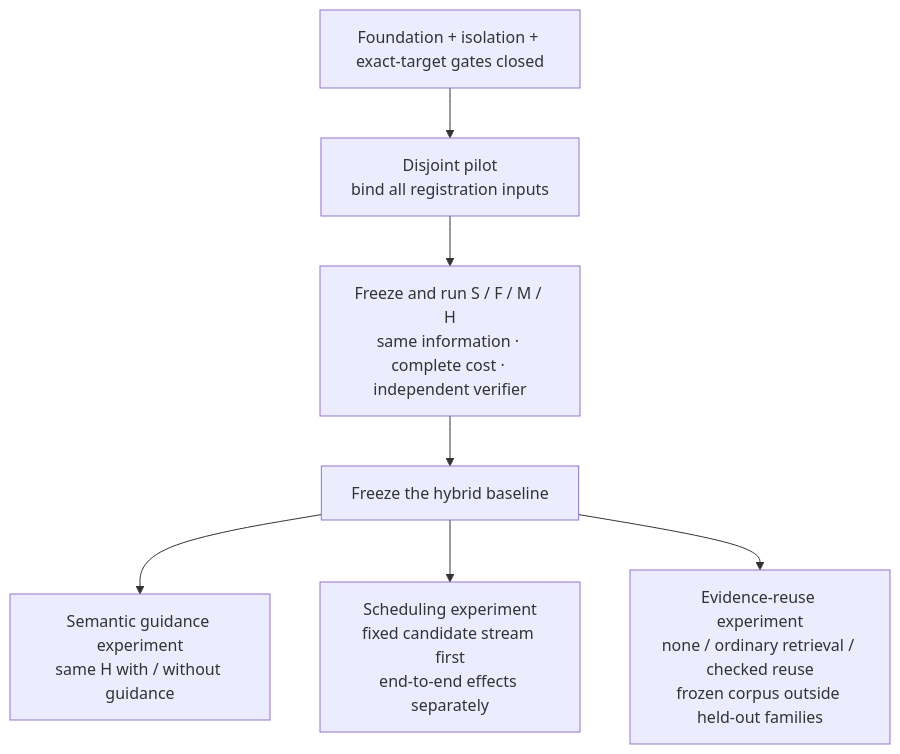
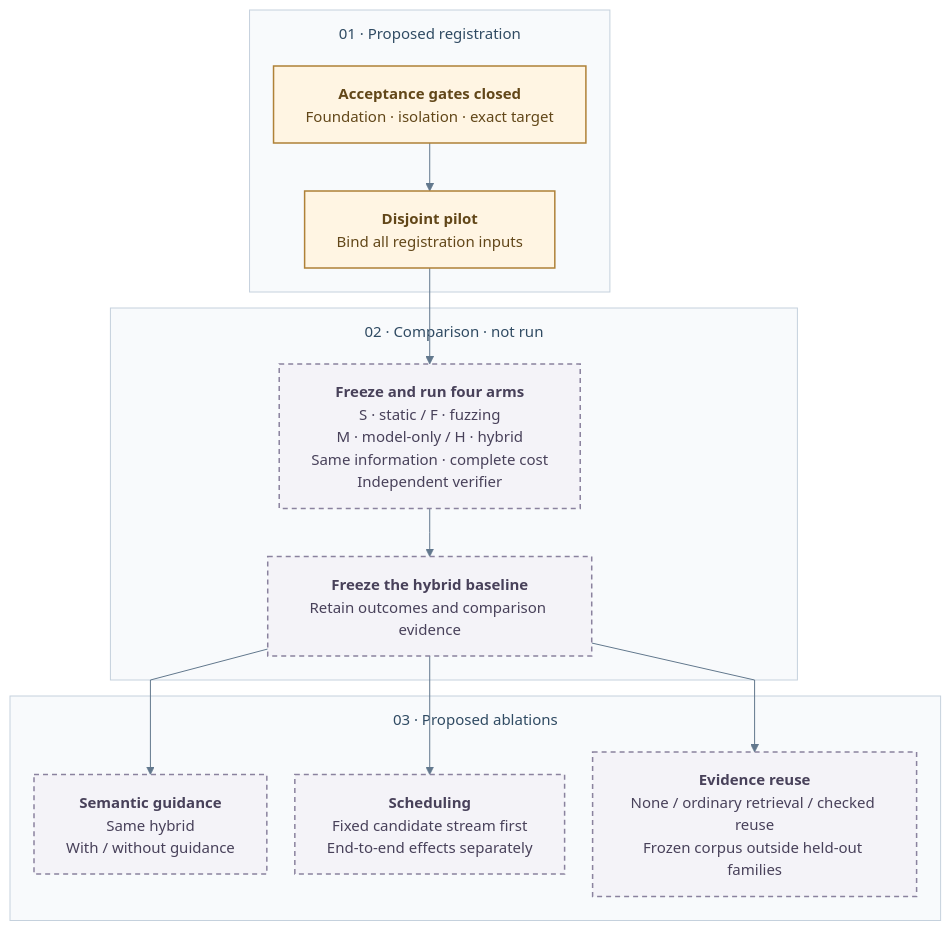
The diagram in docs/FRONTIER_BASELINE.md (manfromnowhere143/etzio), drawn with Mermaid before and after one commit. The commit also changed 7 other files, not shown here.

First line of the commit message:
Restore detailed architecture and redesign all Mermaid diagrams

````diff
--- a/docs/FRONTIER_BASELINE.md
+++ b/docs/FRONTIER_BASELINE.md
@@ -155,16 +155,60 @@
 ```mermaid
+---
+config:
+  theme: base
+  fontFamily: Arial
+  themeVariables:
+    fontFamily: 'Arial'
+    fontSize: '15px'
+    primaryColor: '#edf4fb'
+    primaryTextColor: '#18344d'
+    primaryBorderColor: '#6b8ba8'
+    lineColor: '#62788d'
+    clusterBkg: '#f8fafc'
+    clusterBorder: '#c5d1dd'
+    edgeLabelBackground: '#ffffff'
+  flowchart:
+    curve: linear
+    nodeSpacing: 28
+    rankSpacing: 48
+    padding: 16
+    wrappingWidth: 260
+    subGraphTitleMargin:
+      top: 12
+      bottom: 20
+---
 flowchart TB
-    accTitle: Proposed controlled comparison
-    accDescr: After qualification and registration, compare static analysis, fuzzing, model-only and hybrid arms, then test semantic guidance, scheduling and evidence reuse separately.
-    G["Foundation + isolation + exact-target gates closed"]
-    P["Disjoint pilot<br/>bind all registration inputs"]
-    C["Freeze and run S / F / M / H<br/>same information · complete cost · independent verifier"]
-    H["Freeze the hybrid baseline"]
-    S["Semantic guidance experiment<br/>same H with / without guidance"]
-    Q["Scheduling experiment<br/>fixed candidate stream first<br/>end-to-end effects separately"]
-    R["Evidence-reuse experiment<br/>none / ordinary retrieval / checked reuse<br/>frozen corpus outside held-out families"]
-    G --> P --> C --> H
+    accTitle: Proposed evaluation — controlled comparison, then separate ablations
+    accDescr: No comparator has run. Foundation, isolation and exact-target acceptance precede a disjoint pilot and frozen registration. Static, fuzzing, model-only and hybrid arms share information, complete cost accounting and an independent verifier. A frozen hybrid then supports separate guidance, scheduling and reuse experiments.
+    subgraph REGISTER["01 · Proposed registration"]
+        G["<b>Acceptance gates closed</b><br/>Foundation · isolation · exact target"]
+        P["<b>Disjoint pilot</b><br/>Bind all registration inputs"]
+        G --> P
+    end
+    subgraph COMPARE["02 · Comparison · not run"]
+        C["<b>Freeze and run four arms</b><br/>S · static / F · fuzzing<br/>M · model-only / H · hybrid<br/>Same information · complete cost<br/>Independent verifier"]
+        H["<b>Freeze the hybrid baseline</b><br/>Retain outcomes and comparison evidence"]
+        C --> H
+    end
+    subgraph ABLATE["03 · Proposed ablations"]
+        S["<b>Semantic guidance</b><br/>Same hybrid<br/>With / without guidance"]
+        Q["<b>Scheduling</b><br/>Fixed candidate stream first<br/>End-to-end effects separately"]
+        R["<b>Evidence reuse</b><br/>None / ordinary retrieval / checked reuse<br/>Frozen corpus outside held-out families"]
+    end
+    P --> C
     H --> S
     H --> Q
     H --> R
+
+    classDef core fill:#18344d,stroke:#18344d,color:#ffffff,stroke-width:2px;
+    classDef retained fill:#eaf5f0,stroke:#468570,color:#173e32,stroke-width:1.5px;
+    classDef fixture fill:#edf4fb,stroke:#6b8ba8,color:#18344d,stroke-width:1.5px;
+    classDef qualified fill:#fff5e3,stroke:#af8137,color:#624719,stroke-width:1.5px;
+    classDef planned fill:#f4f3f8,stroke:#8a829e,color:#48415a,stroke-width:1.5px,stroke-dasharray:5 4;
+    classDef blocked fill:#fff0ef,stroke:#ad6461,color:#713735,stroke-width:1.5px;
+    class G,P qualified;
+    class C,H,S,Q,R planned;
+    style REGISTER fill:#f8fafc,stroke:#c5d1dd,color:#304b63,stroke-width:1px
+    style COMPARE fill:#f8fafc,stroke:#c5d1dd,color:#304b63,stroke-width:1px
+    style ABLATE fill:#f8fafc,stroke:#c5d1dd,color:#304b63,stroke-width:1px
 ```
````
